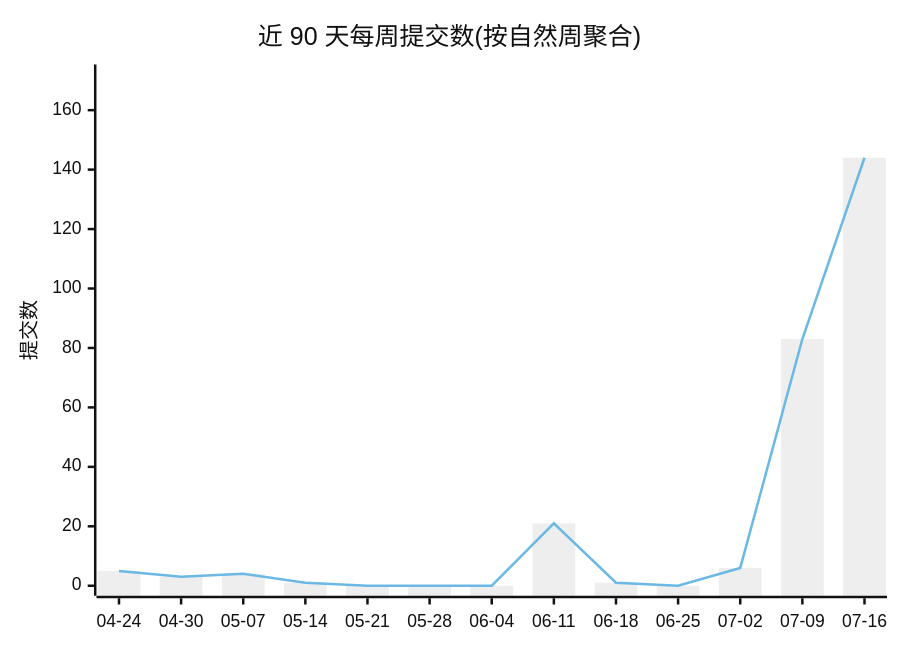
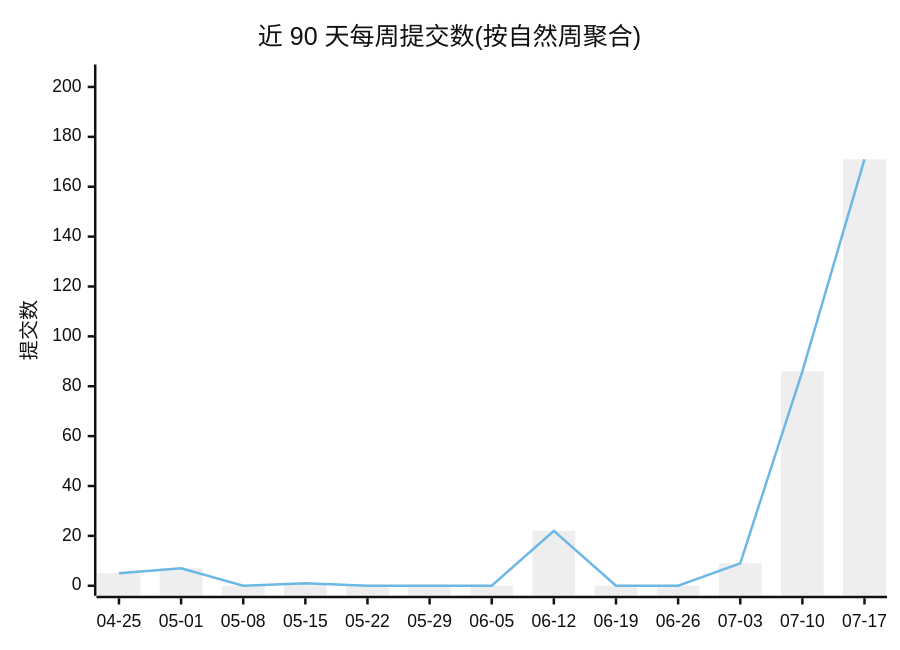
Before and after one commit to Conflux-Union/.github: the first of 2 diagrams in profile/README.md, drawn with Mermaid (neutral theme). The commit also changed other lines of this file and 1 other file, not shown here.

````diff
--- a/profile/README.md
+++ b/profile/README.md
@@ -44,8 +44,8 @@
 ```mermaid
 xychart-beta
     title "近 90 天每周提交数(按自然周聚合)"
-    x-axis ["04-24", "04-30", "05-07", "05-14", "05-21", "05-28", "06-04", "06-11", "06-18", "06-25", "07-02", "07-09", "07-16"]
-    y-axis "提交数" 0 --> 172
-    bar [5, 3, 4, 1, 0, 0, 0, 21, 1, 0, 6, 83, 144]
-    line [5, 3, 4, 1, 0, 0, 0, 21, 1, 0, 6, 83, 144]
+    x-axis ["04-25", "05-01", "05-08", "05-15", "05-22", "05-29", "06-05", "06-12", "06-19", "06-26", "07-03", "07-10", "07-17"]
+    y-axis "提交数" 0 --> 205
+    bar [5, 7, 0, 1, 0, 0, 0, 22, 0, 0, 9, 86, 171]
+    line [5, 7, 0, 1, 0, 0, 0, 22, 0, 0, 9, 86, 171]
 ```
````
